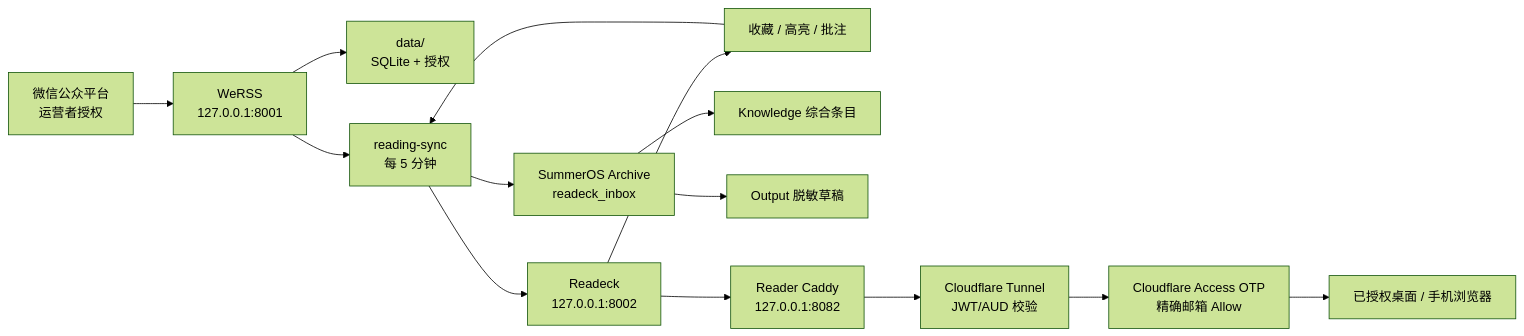
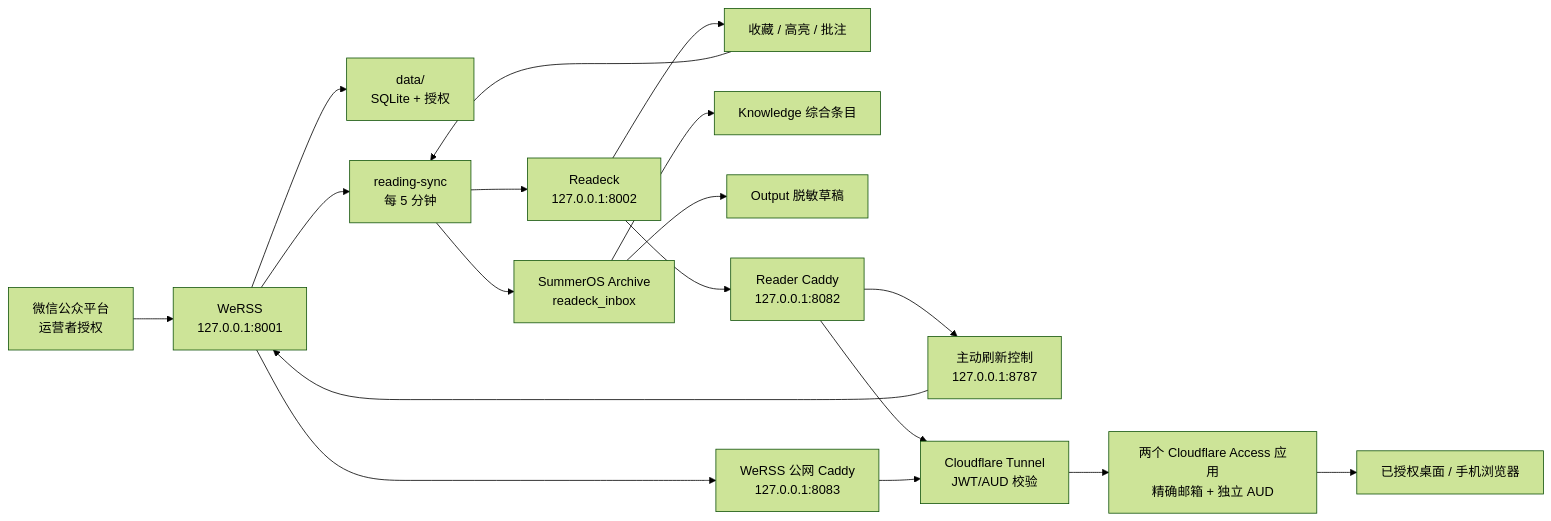
The diagram in coding-agent-harness/context/architecture/system-map.md (summerchaserwwz/wechat-rss-reader), drawn with Mermaid (forest theme) before and after one commit. The commit also changed other lines of this file and 58 other files, not shown here.

````diff
--- a/coding-agent-harness/context/architecture/system-map.md
+++ b/coding-agent-harness/context/architecture/system-map.md
@@ -11,16 +11,20 @@
 ```mermaid
 flowchart LR
   WX["微信公众平台\n运营者授权"] --> W["WeRSS\n127.0.0.1:8001"]
   W --> WDB["data/\nSQLite + 授权"]
   W --> S["reading-sync\n每 5 分钟"]
   S --> R["Readeck\n127.0.0.1:8002"]
   R --> RC["收藏 / 高亮 / 批注"]
   RC --> S
   S --> O["SummerOS Archive\nreadeck_inbox"]
   O --> K["Knowledge 综合条目"]
   O --> OUT["Output 脱敏草稿"]
   R --> C["Reader Caddy\n127.0.0.1:8082"]
+  C --> RF["主动刷新控制\n127.0.0.1:8787"]
+  RF --> W
+  W --> WC["WeRSS 公网 Caddy\n127.0.0.1:8083"]
   C --> CF["Cloudflare Tunnel\nJWT/AUD 校验"]
-  CF --> A["Cloudflare Access OTP\n精确邮箱 Allow"]
+  WC --> CF
+  CF --> A["两个 Cloudflare Access 应用\n精确邮箱 + 独立 AUD"]
   A --> M["已授权桌面 / 手机浏览器"]
 ```
````
